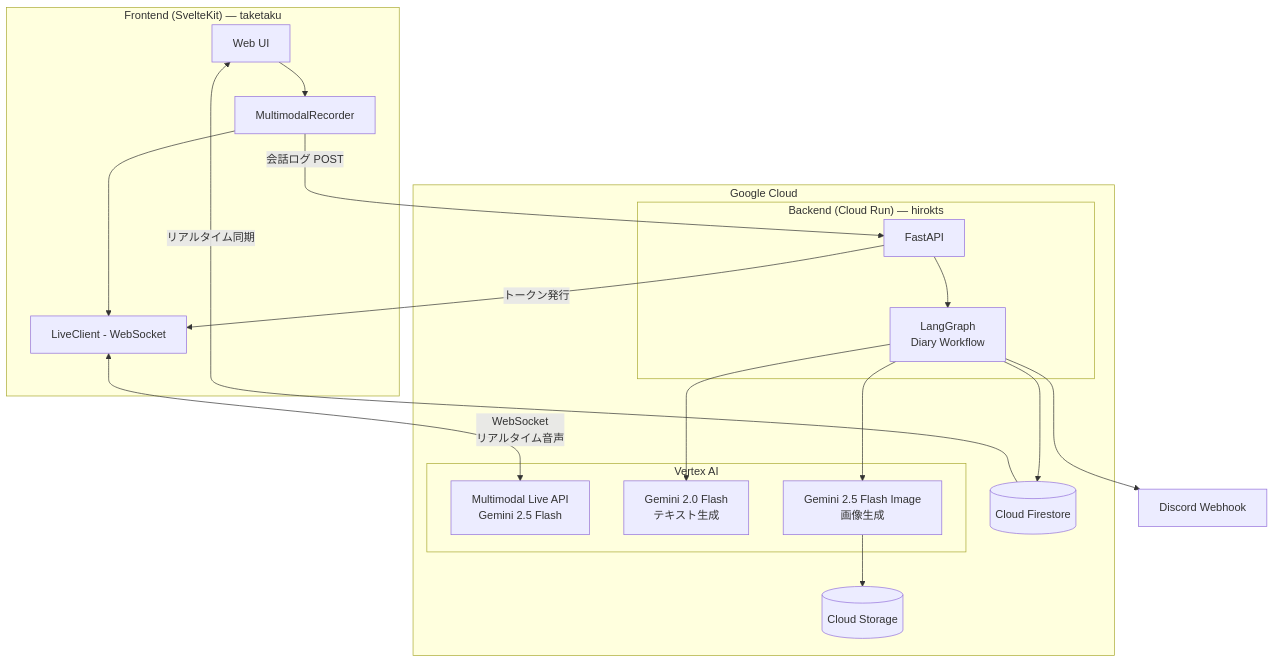
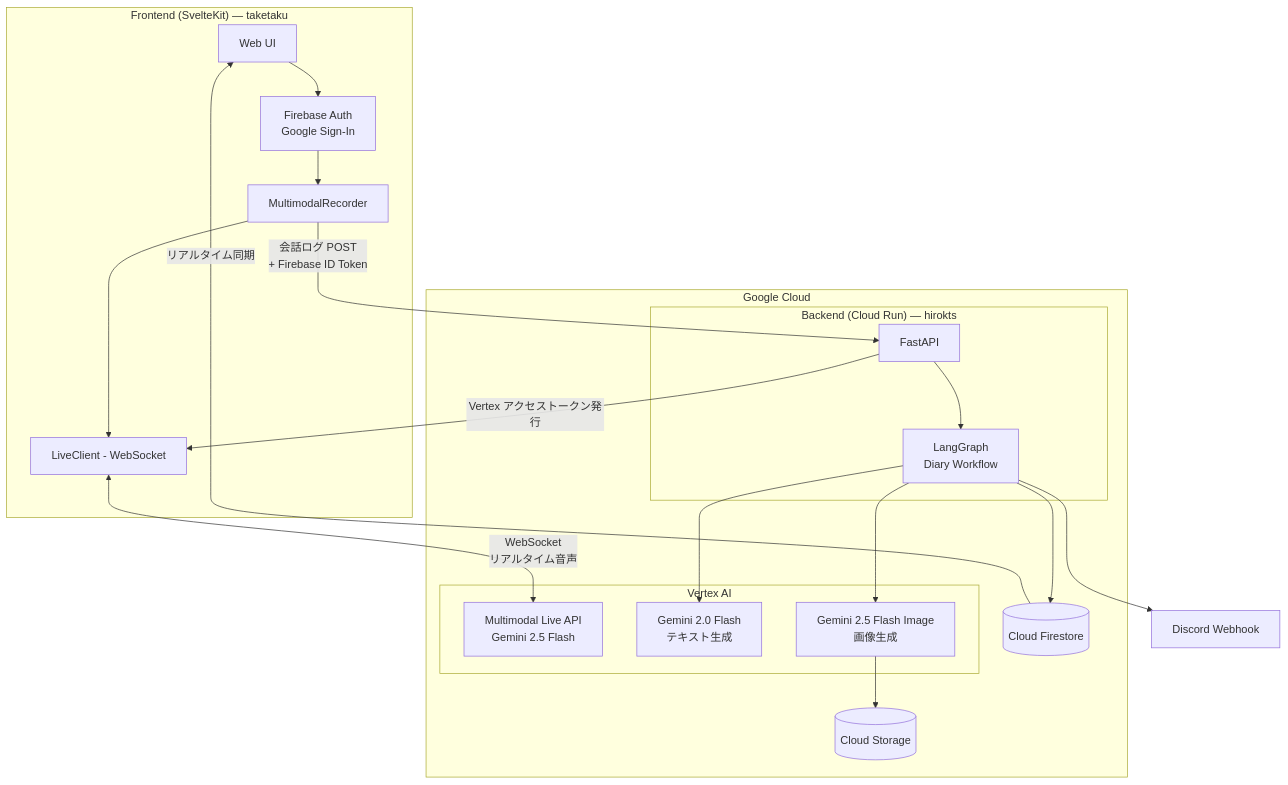
One commit to hirokts/enikki changed the first of 2 diagrams in docs/zenn-article.md. Above: the diagram before and after it, drawn with Mermaid. The commit also changed other lines of this file, not shown here.

````diff
--- a/docs/zenn-article.md
+++ b/docs/zenn-article.md
@@ -51,39 +51,41 @@
 ```mermaid
 graph TB
     subgraph "Frontend (SvelteKit) — taketaku"
         UI[Web UI]
+        Auth[Firebase Auth<br/>Google Sign-In]
         Recorder[MultimodalRecorder]
         LiveClient[LiveClient - WebSocket]
     end
 
     subgraph "Google Cloud"
         subgraph "Vertex AI"
             LiveAPI[Multimodal Live API<br/>Gemini 2.5 Flash]
             GeminiText[Gemini 2.0 Flash<br/>テキスト生成]
             GeminiImage[Gemini 2.5 Flash Image<br/>画像生成]
         end
 
         subgraph "Backend (Cloud Run) — hirokts"
             API[FastAPI]
             Workflow[LangGraph<br/>Diary Workflow]
         end
 
         Firestore[(Cloud Firestore)]
         GCS[(Cloud Storage)]
     end
 
     Discord[Discord Webhook]
 
-    UI --> Recorder
+    UI --> Auth
+    Auth --> Recorder
     Recorder --> LiveClient
     LiveClient <-->|WebSocket<br/>リアルタイム音声| LiveAPI
-    Recorder -->|会話ログ POST| API
-    API -->|トークン発行| LiveClient
+    Recorder -->|会話ログ POST<br/>+ Firebase ID Token| API
+    API -->|Vertex アクセストークン発行| LiveClient
     API --> Workflow
     Workflow --> GeminiText
     Workflow --> GeminiImage
     Workflow --> Firestore
     GeminiImage --> GCS
     Workflow --> Discord
     Firestore -->|リアルタイム同期| UI
 ```
````
